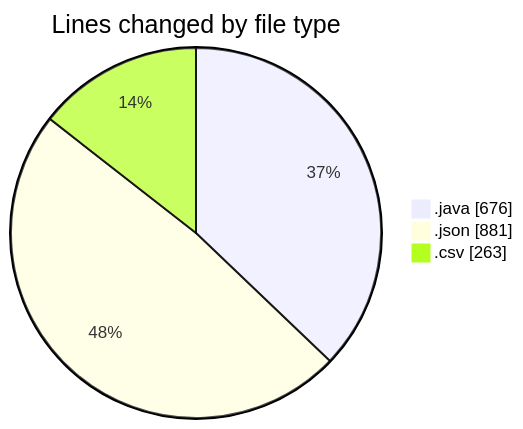
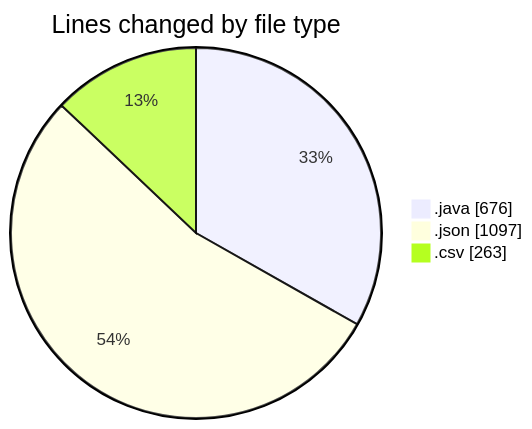
Before and after one commit to ricardozamudiocil/code-tracking: the first of 2 diagrams in 2026-02-24/cilapp/README.md, drawn with Mermaid. The commit also changed other lines of this file and 1 other file, not shown here.

````diff
--- a/2026-02-24/cilapp/README.md
+++ b/2026-02-24/cilapp/README.md
@@ -22,7 +23,7 @@
 ```mermaid
 pie showData
 title Lines changed by file type
 ".java" : 676
-".json" : 881
+".json" : 1097
 ".csv" : 263
 ```
````
